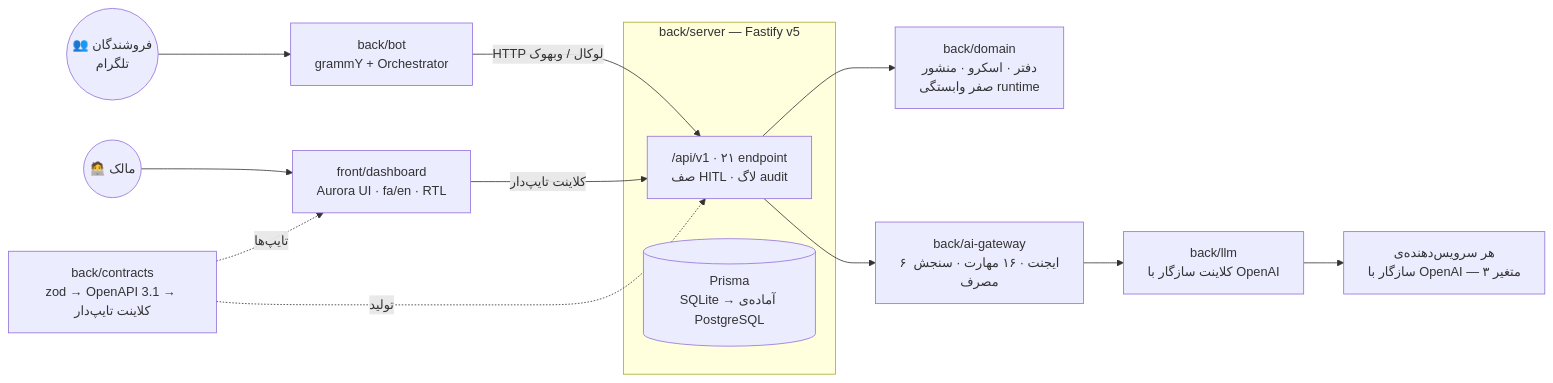
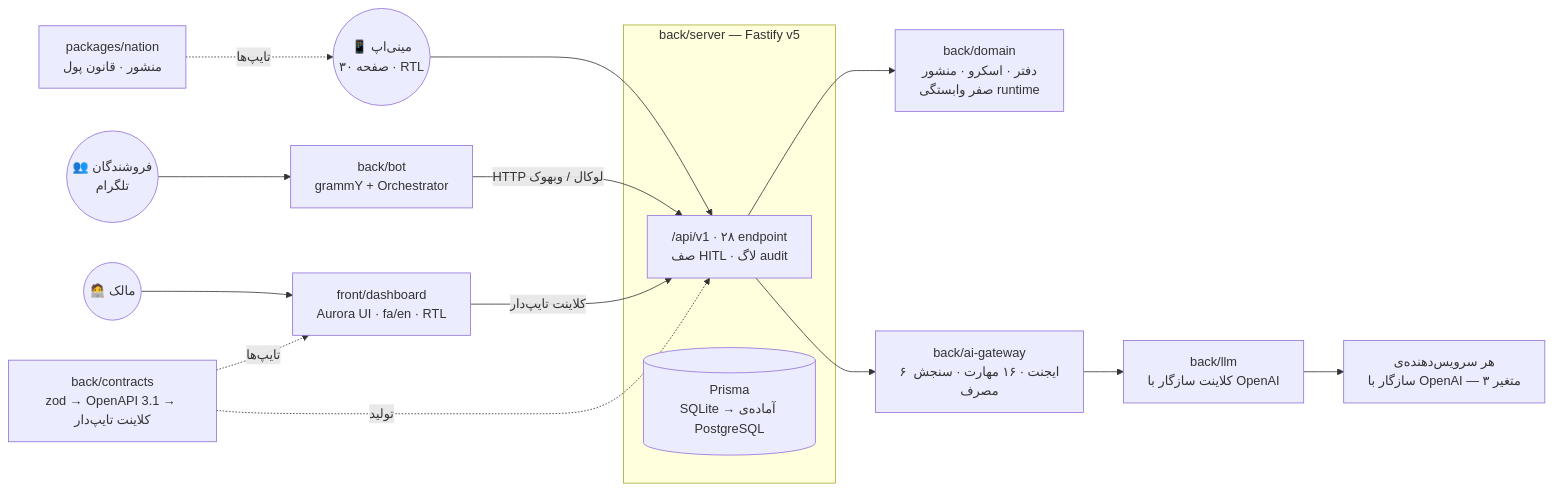
Before and after one commit to KiaAgentX/Agent-One: the diagram in README.fa.md, drawn with Mermaid. The commit also changed other lines of this file and 1 other file, not shown here.

First line of the commit message:
docs(readme): sync to v4.3.0 — 273 tests, 9 packages, Agent-One, webhook deploy

````diff
--- a/README.fa.md
+++ b/README.fa.md
@@ -45,21 +46,23 @@
 ```mermaid
 flowchart LR
     U(("👥 فروشندگان<br/>تلگرام")) --> BOT["back/bot<br/>grammY + Orchestrator"]
+    M(("📱 مینی‌اپ<br/>۳۰ صفحه · RTL")) --> API
     O(("🧑‍💻 مالک")) --> DASH["front/dashboard<br/>Aurora UI · fa/en · RTL"]
 
     BOT -- HTTP لوکال / وبهوک --> API
     DASH -- کلاینت تایپ‌دار --> API
 
     subgraph SERVER ["back/server — Fastify v5"]
-        API["/api/v1 · ۲۱ endpoint<br/>صف HITL · لاگ audit"]
+        API["/api/v1 · ۲۸ endpoint<br/>صف HITL · لاگ audit"]
         DB[("Prisma<br/>SQLite → آماده‌ی PostgreSQL")]
     end
 
     API --> DOM["back/domain<br/>دفتر · اسکرو · منشور<br/>صفر وابستگی runtime"]
     API --> GW["back/ai-gateway<br/>۶ ایجنت · ۱۶ مهارت · سنجش مصرف"]
     GW --> LLM["back/llm<br/>کلاینت سازگار با OpenAI"]
     LLM --> EXT["هر سرویس‌دهنده‌ی<br/>سازگار با OpenAI — ۳ متغیر"]
 
+    NAT["packages/nation<br/>منشور · قانون پول"] -. تایپ‌ها .-> M
     CON["back/contracts<br/>zod → OpenAPI 3.1 → کلاینت تایپ‌دار"] -. تولید .-> API
     CON -. تایپ‌ها .-> DASH
 ```
````
